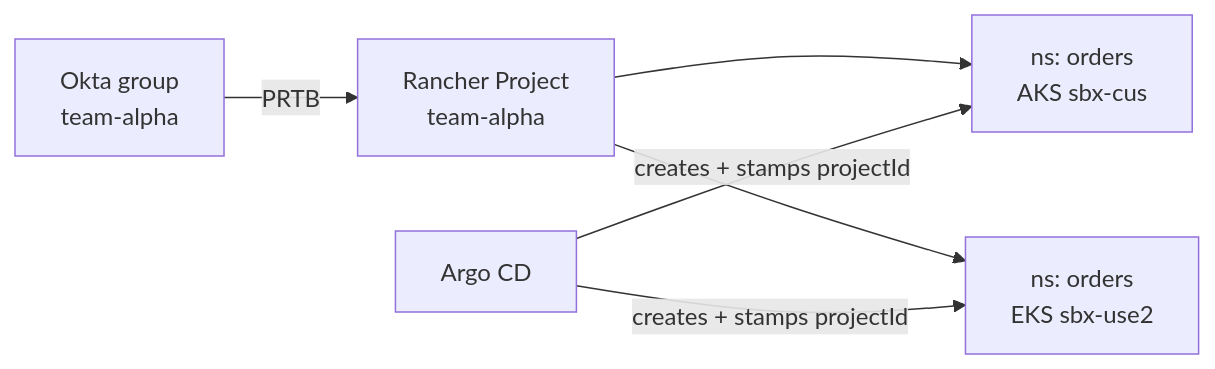
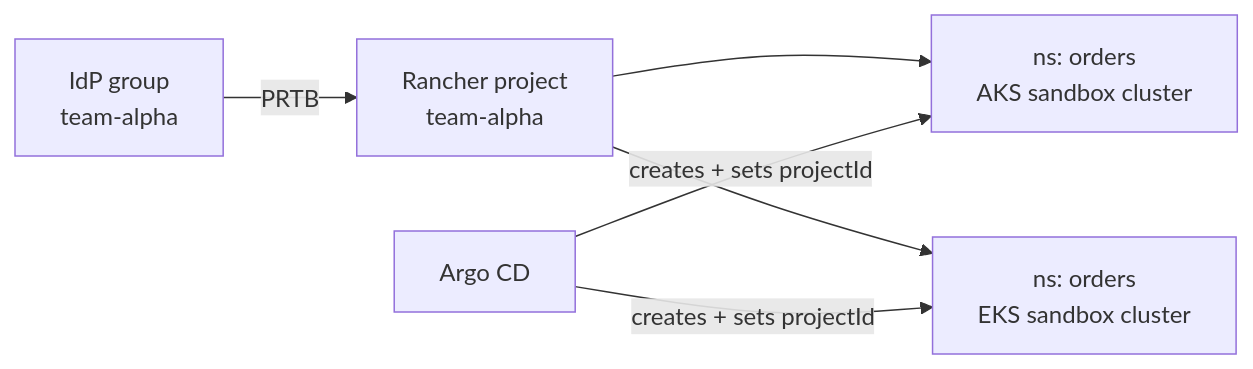
Before and after one commit to imkrupakar/imkrupakar.github.io: the second of 2 diagrams in _posts/2026-11-13-multi-cloud-rbac-rancher.md, drawn with Mermaid. The commit also changed other lines of this file, not shown here.

````diff
--- a/_posts/2026-11-13-multi-cloud-rbac-rancher.md
+++ b/_posts/2026-11-13-multi-cloud-rbac-rancher.md
@@ -129,8 +142,8 @@
 ```mermaid
 flowchart LR
-    G[Okta group<br/>team-alpha] -->|PRTB| P[Rancher Project<br/>team-alpha]
-    P --> N1[ns: orders<br/>AKS sbx-cus]
-    P --> N2[ns: orders<br/>EKS sbx-use2]
-    Argo[Argo CD] -->|creates + stamps projectId| N1
-    Argo -->|creates + stamps projectId| N2
+    G[IdP group<br/>team-alpha] -->|PRTB| P[Rancher project<br/>team-alpha]
+    P --> N1[ns: orders<br/>AKS sandbox cluster]
+    P --> N2[ns: orders<br/>EKS sandbox cluster]
+    Argo[Argo CD] -->|creates + sets projectId| N1
+    Argo -->|creates + sets projectId| N2
 ```
````
